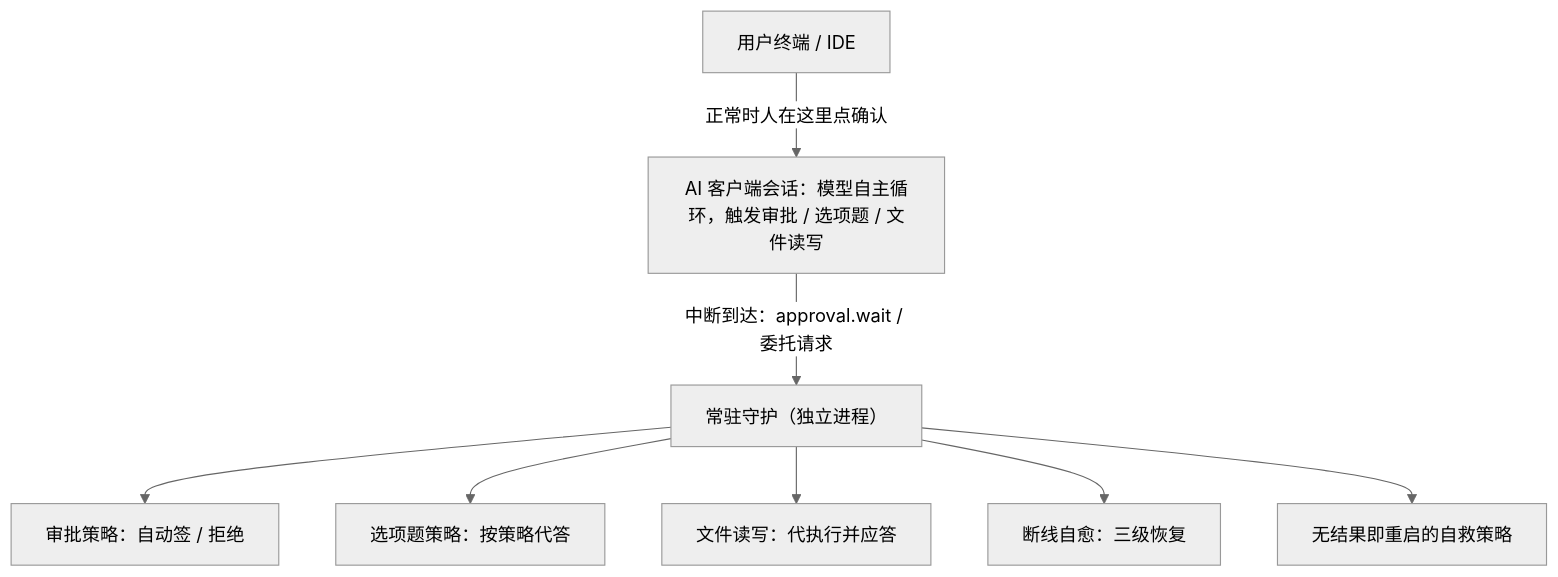
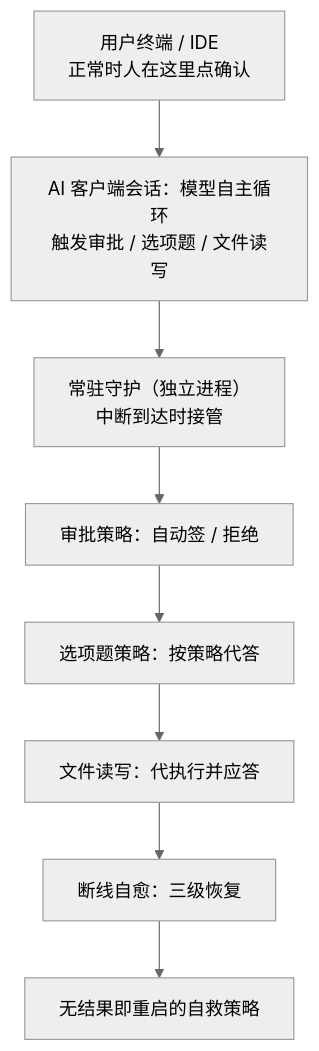
One commit to hub138/technical-knowledge changed the first of 2 diagrams in vault/工程知识/AI 系统工程：从模型能力到生产能力/质量与运营/AI 客户端会话需要守护：审批、委托与断线的接管层.md. Above: the diagram before and after it, drawn with Mermaid (neutral theme). The commit also changed other lines of this file and 622 other files, not shown here.

````diff
--- a/vault/工程知识/AI 系统工程：从模型能力到生产能力/质量与运营/AI 客户端会话需要守护：审批、委托与断线的接管层.md
+++ b/vault/工程知识/AI 系统工程：从模型能力到生产能力/质量与运营/AI 客户端会话需要守护：审批、委托与断线的接管层.md
@@ -45,10 +44,10 @@
 ```mermaid
 flowchart TB
-    u["用户终端 / IDE"] -->|正常时人在这里点确认| s["AI 客户端会话：模型自主循环，触发审批 / 选项题 / 文件读写"]
-    s -->|中断到达：approval.wait / 委托请求| g["常驻守护（独立进程）"]
+    u["用户终端 / IDE<br/>正常时人在这里点确认"] --> s["AI 客户端会话：模型自主循环<br/>触发审批 / 选项题 / 文件读写"]
+    s --> g["常驻守护（独立进程）<br/>中断到达时接管"]
     g --> g1["审批策略：自动签 / 拒绝"]
-    g --> g2["选项题策略：按策略代答"]
-    g --> g3["文件读写：代执行并应答"]
-    g --> g4["断线自愈：三级恢复"]
-    g --> g5["无结果即重启的自救策略"]
+    g1 --> g2["选项题策略：按策略代答"]
+    g2 --> g3["文件读写：代执行并应答"]
+    g3 --> g4["断线自愈：三级恢复"]
+    g4 --> g5["无结果即重启的自救策略"]
 ```
````
